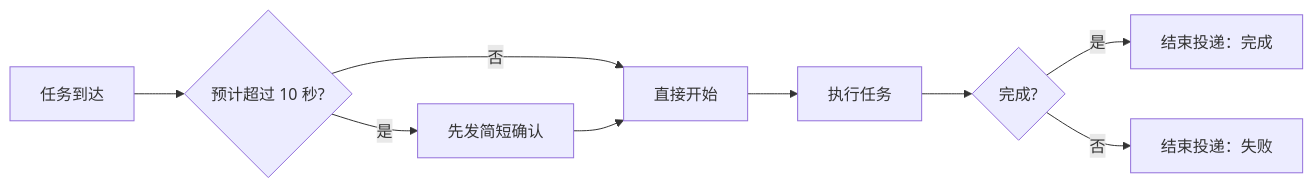
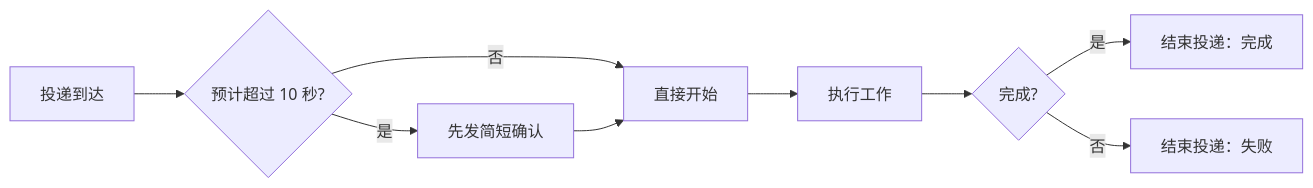
Before and after one commit to KonghaYao/agent-network: the second of 13 diagrams in public/skills/agent-network-skills.md, drawn with Mermaid. The commit also changed other lines of this file and 28 other files, not shown here.

````diff
--- a/public/skills/agent-network-skills.md
+++ b/public/skills/agent-network-skills.md
@@ -215,11 +210,11 @@
 ```mermaid
 flowchart LR
-    A["任务到达"] --> B{"预计超过 10 秒?"}
+    A["投递到达"] --> B{"预计超过 10 秒?"}
     B -- 是 --> C["先发简短确认"]
     B -- 否 --> D["直接开始"]
     C --> D
-    D --> E["执行任务"]
+    D --> E["执行工作"]
     E --> F{"完成?"}
     F -- 是 --> G["结束投递：完成"]
     F -- 否 --> H["结束投递：失败"]
 ```
````
